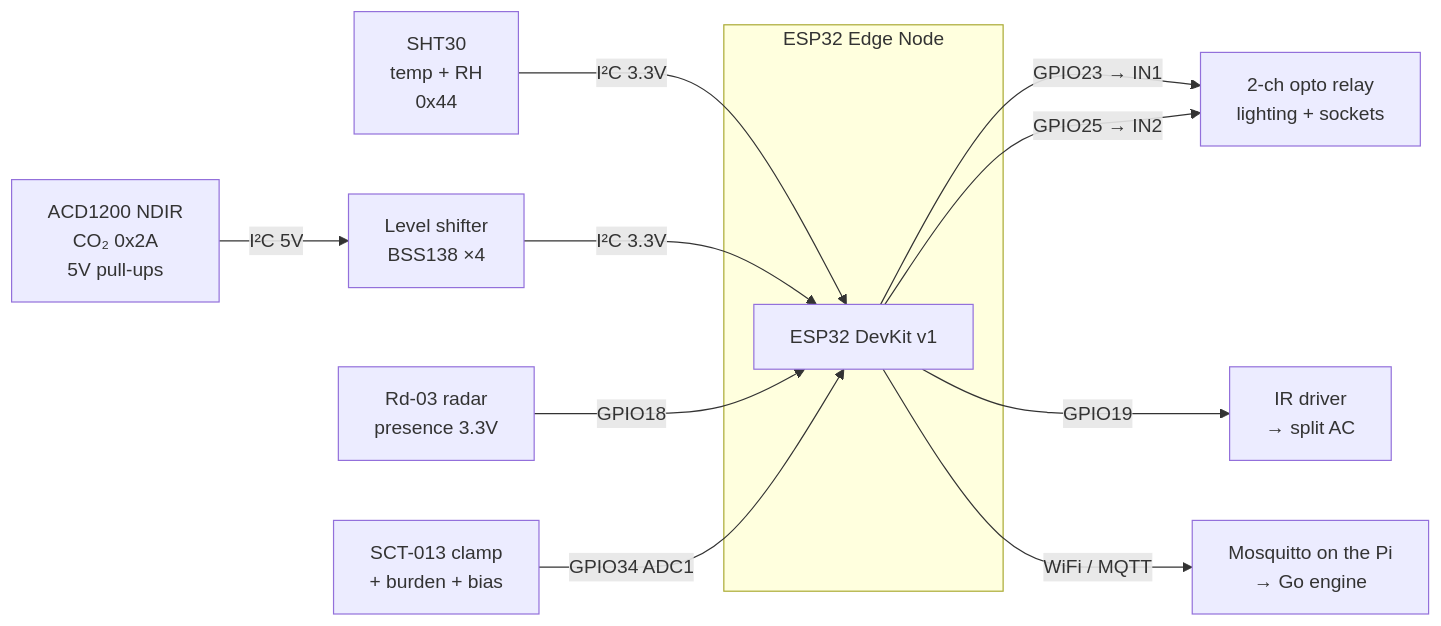
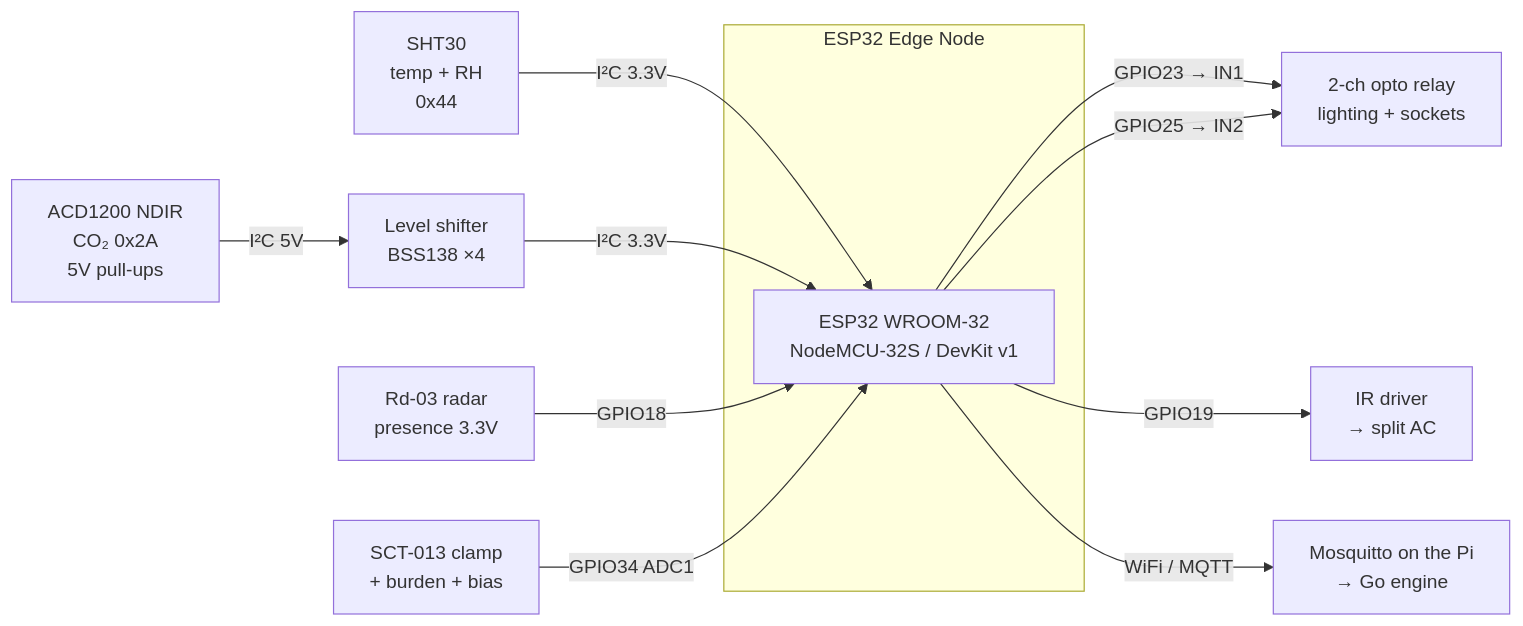
Before and after one commit to mosaicmatte/econ: the diagram in edge/WIRING.md, drawn with Mermaid. The commit also changed other lines of this file and 1 other file, not shown here.

````diff
--- a/edge/WIRING.md
+++ b/edge/WIRING.md
@@ -43,15 +59,15 @@
 ```mermaid
 flowchart LR
   subgraph N["ESP32 Edge Node"]
-    E["ESP32 DevKit v1"]
+    E["ESP32 WROOM-32<br/>NodeMCU-32S / DevKit v1"]
   end
   SHT["SHT30<br/>temp + RH<br/>0x44"] -- "I²C 3.3V" --> E
   LS["Level shifter<br/>BSS138 ×4"] -- "I²C 3.3V" --> E
   CO2["ACD1200 NDIR<br/>CO₂ 0x2A<br/>5V pull-ups"] -- "I²C 5V" --> LS
   RAD["Rd-03 radar<br/>presence 3.3V"] -- "GPIO18" --> E
   CT["SCT-013 clamp<br/>+ burden + bias"] -- "GPIO34 ADC1" --> E
   E -- "GPIO23 → IN1" --> RL["2-ch opto relay<br/>lighting + sockets"]
   E -- "GPIO25 → IN2" --> RL
   E -- "GPIO19" --> IR["IR driver<br/>→ split AC"]
   E -- "WiFi / MQTT" --> BR["Mosquitto on the Pi<br/>→ Go engine"]
 ```
````
